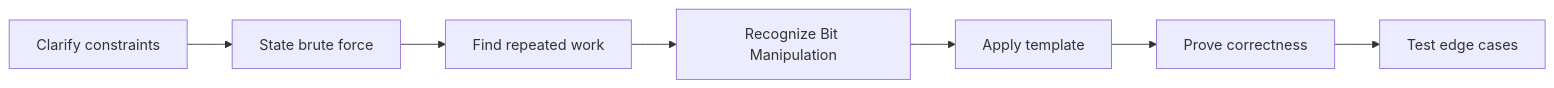
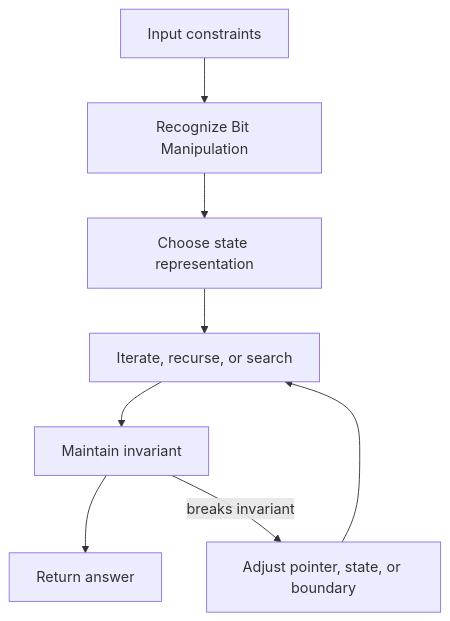
One commit to abstractinterviews/abstractinterviews.github.io changed the second of 2 diagrams in coding-round/foundations/bit-manipulation/index.md. Above: the diagram before and after it, drawn with Mermaid. The commit also changed other lines of this file and 278 other files, not shown here.

````diff
--- a/coding-round/foundations/bit-manipulation/index.md
+++ b/coding-round/foundations/bit-manipulation/index.md
@@ -123,9 +121,10 @@
-~~~mermaid
-flowchart LR
-    A["Clarify constraints"] --> B["State brute force"]
-    B --> C["Find repeated work"]
-    C --> D["Recognize Bit Manipulation"]
-    D --> E["Apply template"]
-    E --> F["Prove correctness"]
-    F --> G["Test edge cases"]
-~~~
+```mermaid
+flowchart TD
+    Input["Input constraints"] --> Pattern["Recognize Bit Manipulation"]
+    Pattern --> State["Choose state representation"]
+    State --> Iterate["Iterate, recurse, or search"]
+    Iterate --> Check["Maintain invariant"]
+    Check --> Result["Return answer"]
+    Check -->|breaks invariant| Fix["Adjust pointer, state, or boundary"]
+    Fix --> Iterate
+```
````
